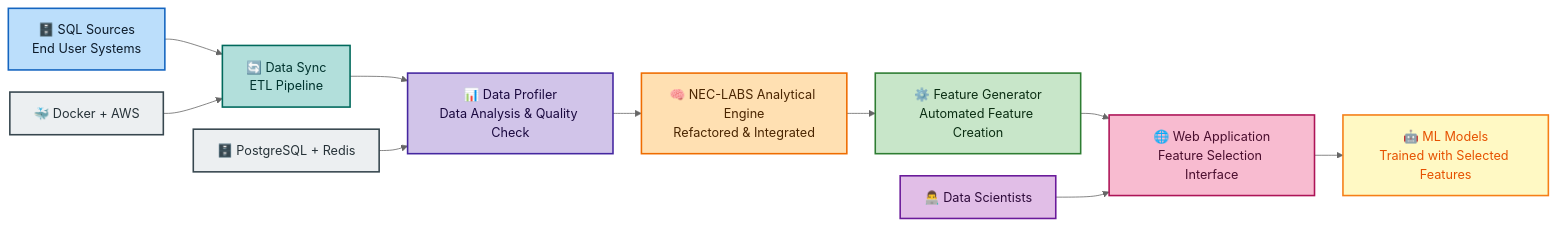
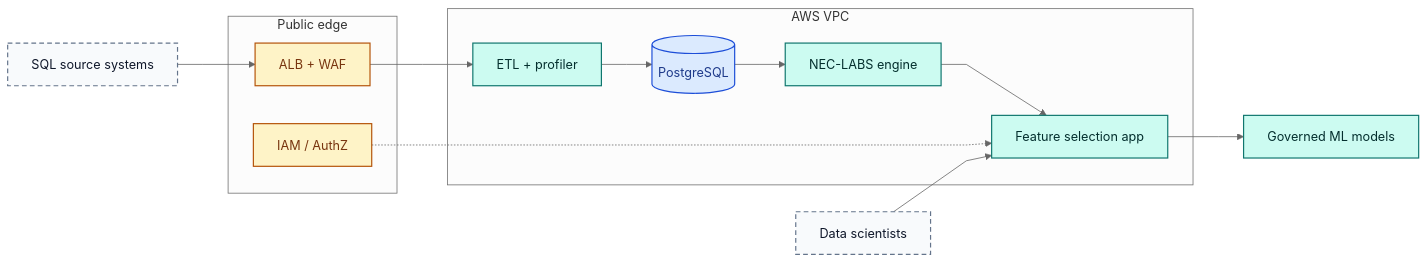
One commit to nitty01/nitender-kumar changed the diagram in public/assets/images/diagrams/self-analytics/self-analytics-architecture_overview.mmd. Above: the diagram before and after it, drawn with Mermaid (neutral theme). The commit also changed 46 other files, not shown here.

Commit message:
Ship a block-canvas blog editor and nested project architecture diagrams.

```diff
--- a/public/assets/images/diagrams/self-analytics/self-analytics-architecture_overview.mmd
+++ b/public/assets/images/diagrams/self-analytics/self-analytics-architecture_overview.mmd
@@ -1,54 +1,40 @@
 ---
 config:
   flowchart:
-    nodeSpacing: 28
-    rankSpacing: 36
-    diagramPadding: 8
+    nodeSpacing: 48
+    rankSpacing: 64
+    diagramPadding: 16
+    htmlLabels: false
+    curve: linear
   layout: dagre
 ---
 flowchart LR
-    %% ---------------------- Data Sources ----------------------
-    A[🗄️ SQL Sources<br/>End User Systems] --> B[🔄 Data Sync<br/>ETL Pipeline]
-    
-    %% ---------------------- Data Processing ----------------------
-    B --> C[📊 Data Profiler<br/>Data Analysis & Quality Check]
-    
-    %% ---------------------- Analytical Engine ----------------------
-    C --> D[🧠 NEC-LABS Analytical Engine<br/>Refactored & Integrated]
-    
-    %% ---------------------- Feature Generation ----------------------
-    D --> E[⚙️ Feature Generator<br/>Automated Feature Creation]
-    
-    %% ---------------------- Web Application ----------------------
-    E --> F[🌐 Web Application<br/>Feature Selection Interface]
-    
-    %% ---------------------- Users ----------------------
-    G[👨‍💻 Data Scientists] --> F
-    
-    %% ---------------------- Output ----------------------
-    F --> H[🤖 ML Models<br/>Trained with Selected Features]
-    
-    %% ---------------------- Infrastructure ----------------------
-    I[🐳 Docker + AWS] --> B
-    J[🗄️ PostgreSQL + Redis] --> C
-    
-    %% ---------------------- Styles ----------------------
-    classDef sources fill:#BBDEFB,stroke:#1565C0,stroke-width:2px,color:#0D1B2A;
-    classDef sync fill:#B2DFDB,stroke:#00695C,stroke-width:2px,color:#00332E;
-    classDef profiler fill:#D1C4E9,stroke:#4527A0,stroke-width:2px,color:#1A093F;
-    classDef engine fill:#FFE0B2,stroke:#EF6C00,stroke-width:2px,color:#4A2500;
-    classDef features fill:#C8E6C9,stroke:#2E7D32,stroke-width:2px,color:#0B2E13;
-    classDef webapp fill:#F8BBD0,stroke:#AD1457,stroke-width:2px,color:#4A0E2E;
-    classDef users fill:#E1BEE7,stroke:#6A1B9A,stroke-width:2px,color:#2D0A3A;
-    classDef output fill:#FFF9C4,stroke:#F57F17,stroke-width:2px,color:#E65100;
-    classDef infra fill:#ECEFF1,stroke:#37474F,stroke-width:2px,color:#263238;
-    
-    class A sources
-    class B sync
-    class C profiler
-    class D engine
-    class E features
-    class F webapp
-    class G users
-    class H output
-    class I,J infra
+  SQL["SQL source systems"]
+  DS["Data scientists"]
+  subgraph EDGE["Public edge"]
+    WAF["ALB + WAF"]
+    IAM["IAM / AuthZ"]
+  end
+  subgraph VPC["AWS VPC"]
+    ETL["ETL + profiler"]
+    ENG["NEC-LABS engine"]
+    APP["Feature selection app"]
+    PG[("PostgreSQL")]
+  end
+  MODEL["Governed ML models"]
+  SQL --> WAF
+  WAF --> ETL
+  ETL --> PG
+  PG --> ENG
+  ENG --> APP
+  DS --> APP
+  APP --> MODEL
+  IAM -.-> APP
+  class SQL,DS external
+  class ETL,ENG,APP,MODEL compute
+  class PG data
+  class WAF,IAM security
+  classDef compute fill:#ccfbf1,stroke:#0f766e,stroke-width:1.5px,color:#042f2e
+  classDef data fill:#dbeafe,stroke:#1d4ed8,stroke-width:1.5px,color:#1e3a8a
+  classDef security fill:#fef3c7,stroke:#b45309,stroke-width:1.5px,color:#78350f
+  classDef external fill:#f8fafc,stroke:#64748b,stroke-width:1.5px,color:#0f172a,stroke-dasharray:6 4
```
